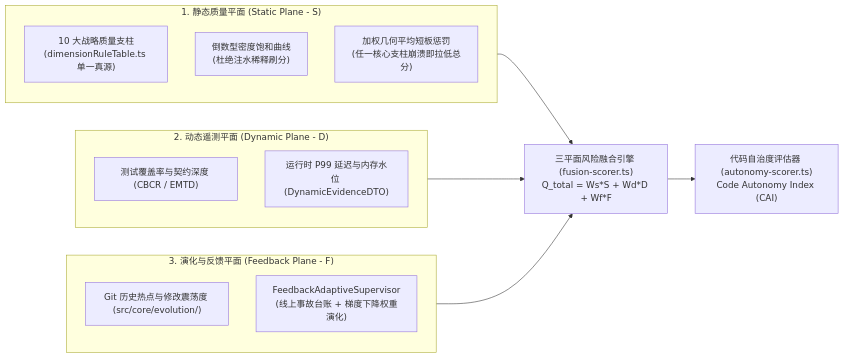
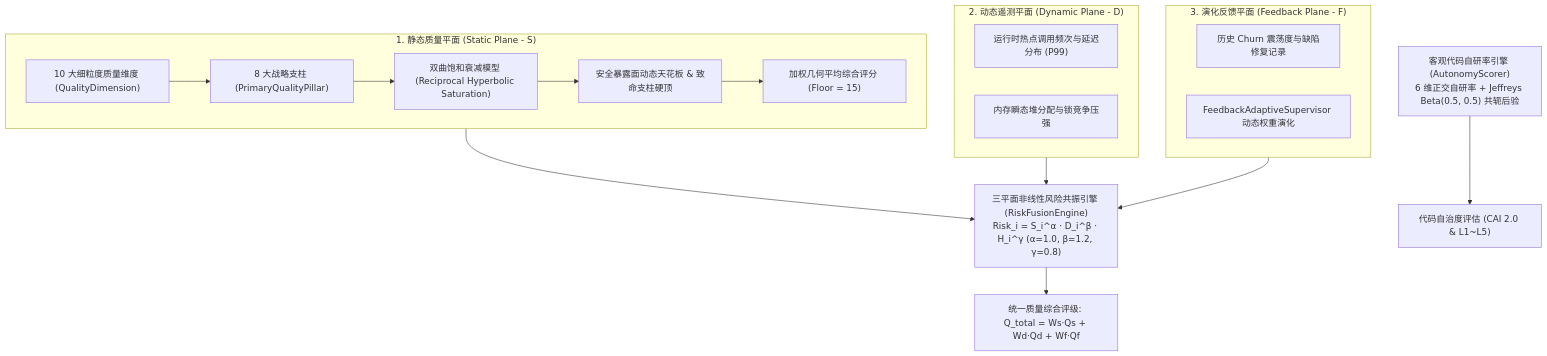
Before and after one commit to guilingzhouyi-creator/vscode-extensions: the diagram in auto-refactor/docs/05-specs-and-benchmarks/07-quantified-quality-standard.md, drawn with Mermaid. The commit also changed other lines of this file and 28 other files, not shown here.

First line of the commit message:
docs(architecture): 全量对齐系统架构与规则体系技术文档

````diff
--- a/auto-refactor/docs/05-specs-and-benchmarks/07-quantified-quality-standard.md
+++ b/auto-refactor/docs/05-specs-and-benchmarks/07-quantified-quality-standard.md
@@ -12,26 +12,26 @@
 ```mermaid
-flowchart LR
-    subgraph StaticPlane["1. 静态质量平面 (Static Plane - S)"]
-        PILLARS["10 大战略质量支柱<br/>(dimensionRuleTable.ts 单一真源)"]
-        CURVE["倒数型密度饱和曲线<br/>(杜绝注水稀释刷分)"]
-        GEO["加权几何平均短板惩罚<br/>(任一核心支柱崩溃即拉低总分)"]
+flowchart TD
+    subgraph S["1. 静态质量平面 (Static Plane - S)"]
+        D10["10 大细粒度质量维度 (QualityDimension)"] --> P8["8 大战略支柱 (PrimaryQualityPillar)"]
+        P8 --> HYP["双曲饱和衰减模型 (Reciprocal Hyperbolic Saturation)"]
+        HYP --> CEIL["安全暴露面动态天花板 & 致命支柱硬顶"]
+        CEIL --> GEO["加权几何平均综合评分 (Floor = 15)"]
     end
 
-    subgraph DynamicPlane["2. 动态遥测平面 (Dynamic Plane - D)"]
-        COV["测试覆盖率与契约深度 (CBCR / EMTD)"]
-        LAT["运行时 P99 延迟与内存水位 (DynamicEvidenceDTO)"]
+    subgraph D["2. 动态遥测平面 (Dynamic Plane - D)"]
+        HOT["运行时热点调用频次与延迟分布 (P99)"]
+        RES["内存瞬态堆分配与锁竞争压强"]
     end
 
-    subgraph FeedbackPlane["3. 演化与反馈平面 (Feedback Plane - F)"]
-        GIT["Git 历史热点与修改震荡度 (src/core/evolution/)"]
-        SUP["FeedbackAdaptiveSupervisor<br/>(线上事故台账 + 梯度下降权重演化)"]
+    subgraph F["3. 演化反馈平面 (Feedback Plane - F)"]
+        EVO["历史 Churn 震荡度与缺陷修复记录"]
+        SUP["FeedbackAdaptiveSupervisor 动态权重演化"]
     end
 
-    FUSION["三平面风险融合引擎 (fusion-scorer.ts)<br/>Q_total = Ws*S + Wd*D + Wf*F"]
-    CAI["代码自治度评估器 (autonomy-scorer.ts)<br/>Code Autonomy Index (CAI)"]
+    S --> FUSION["三平面非线性风险共振引擎 (RiskFusionEngine)<br/>Risk_i = S_i^α · D_i^β · H_i^γ (α=1.0, β=1.2, γ=0.8)"]
+    D --> FUSION
+    F --> FUSION
+    FUSION --> Q_TOTAL["统一质量综合评级: Q_total = Ws·Qs + Wd·Qd + Wf·Qf"]
 
-    StaticPlane --> FUSION
-    DynamicPlane --> FUSION
-    FeedbackPlane --> FUSION
-    FUSION --> CAI
+    CAI_ENG["客观代码自研率引擎 (AutonomyScorer)<br/>6 维正交自研率 + Jeffreys Beta(0.5, 0.5) 共轭后验"] --> CAI_OUT["代码自治度评估 (CAI 2.0 & L1~L5)"]
 ```
````
